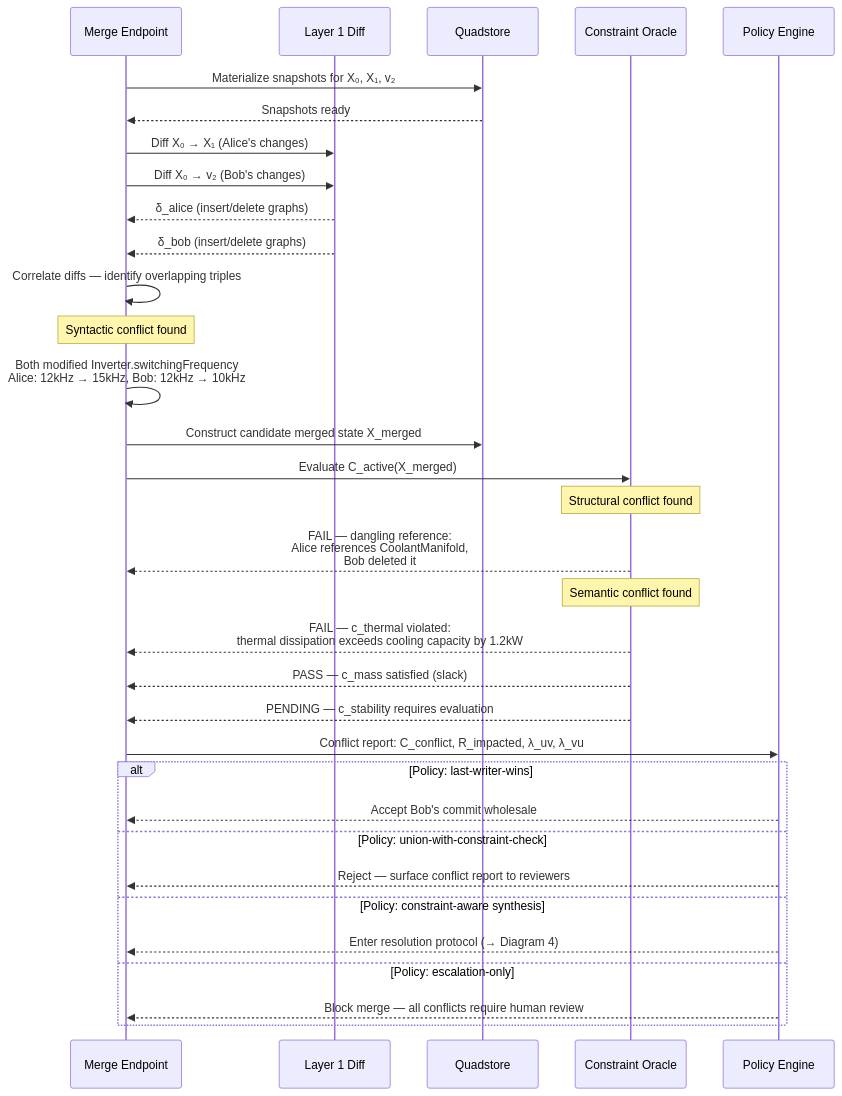
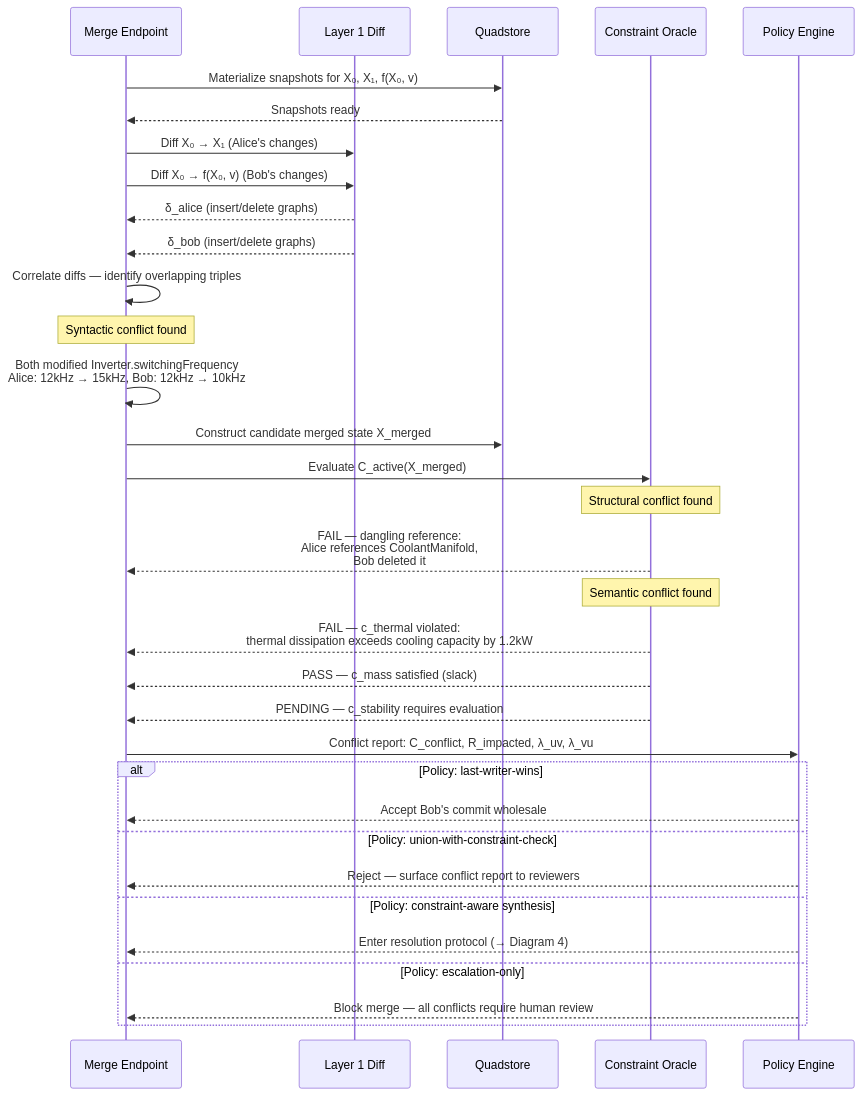
Before and after one commit to mzargham/flexo-conflict-resolution-policy-research: the second of 6 diagrams in A Policy-based Approach to Model Lifecycle Management with Flexo.md, drawn with Mermaid. The commit also changed other lines of this file, not shown here.

First line of the commit message:
Distinguish commits from states in diagram notation

````diff
--- a/A Policy-based Approach to Model Lifecycle Management with Flexo.md
+++ b/A Policy-based Approach to Model Lifecycle Management with Flexo.md
@@ -88,45 +90,45 @@
 ```mermaid
 sequenceDiagram
     participant ME as Merge Endpoint
     participant Diff as Layer 1 Diff
     participant Q as Quadstore
     participant Oracle as Constraint Oracle
     participant PE as Policy Engine
 
-    ME->>Q: Materialize snapshots for X₀, X₁, v₂
+    ME->>Q: Materialize snapshots for X₀, X₁, f(X₀, v)
     Q-->>ME: Snapshots ready
 
     ME->>Diff: Diff X₀ → X₁ (Alice's changes)
-    ME->>Diff: Diff X₀ → v₂ (Bob's changes)
+    ME->>Diff: Diff X₀ → f(X₀, v) (Bob's changes)
     Diff-->>ME: δ_alice (insert/delete graphs)
     Diff-->>ME: δ_bob (insert/delete graphs)
 
     ME->>ME: Correlate diffs — identify overlapping triples
 
     Note over ME: Syntactic conflict found
     ME->>ME: Both modified Inverter.switchingFrequency<br/>Alice: 12kHz → 15kHz, Bob: 12kHz → 10kHz
 
     ME->>Q: Construct candidate merged state X_merged
     ME->>Oracle: Evaluate C_active(X_merged)
 
     Note over Oracle: Structural conflict found
     Oracle-->>ME: FAIL — dangling reference:<br/>Alice references CoolantManifold,<br/>Bob deleted it
 
     Note over Oracle: Semantic conflict found
     Oracle-->>ME: FAIL — c_thermal violated:<br/>thermal dissipation exceeds cooling capacity by 1.2kW
 
     Oracle-->>ME: PASS — c_mass satisfied (slack)
     Oracle-->>ME: PENDING — c_stability requires evaluation
 
     ME->>PE: Conflict report: C_conflict, R_impacted, λ_uv, λ_vu
 
     alt Policy: last-writer-wins
         PE-->>ME: Accept Bob's commit wholesale
     else Policy: union-with-constraint-check
         PE-->>ME: Reject — surface conflict report to reviewers
     else Policy: constraint-aware synthesis
         PE-->>ME: Enter resolution protocol (→ Diagram 4)
     else Policy: escalation-only
         PE-->>ME: Block merge — all conflicts require human review
     end
 ```
````
